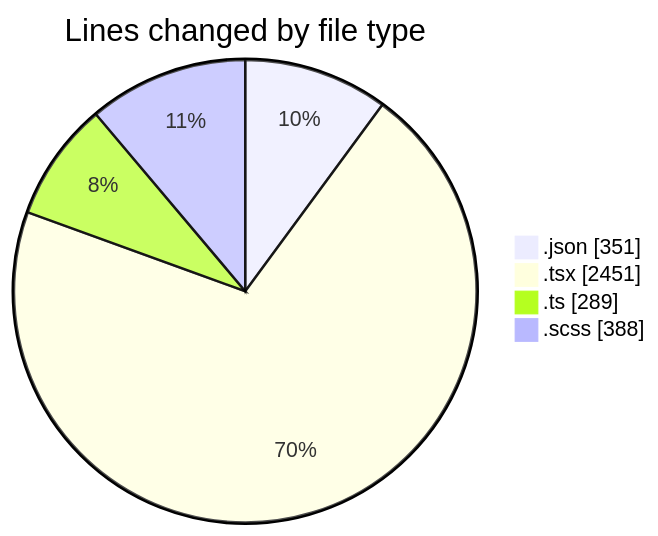
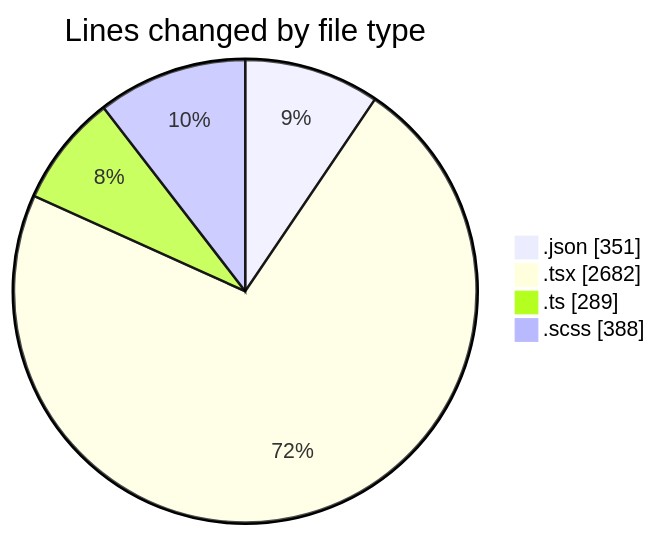
The first of 2 diagrams in 2026-04-22/cda/README.md (momahboobian/code-tracking), drawn with Mermaid before and after one commit. The commit also changed other lines of this file and 1 other file, not shown here.

````diff
--- a/2026-04-22/cda/README.md
+++ b/2026-04-22/cda/README.md
@@ -46,8 +46,8 @@
 ```mermaid
 pie showData
 title Lines changed by file type
 ".json" : 351
-".tsx" : 2451
+".tsx" : 2682
 ".ts" : 289
 ".scss" : 388
 ```
````
